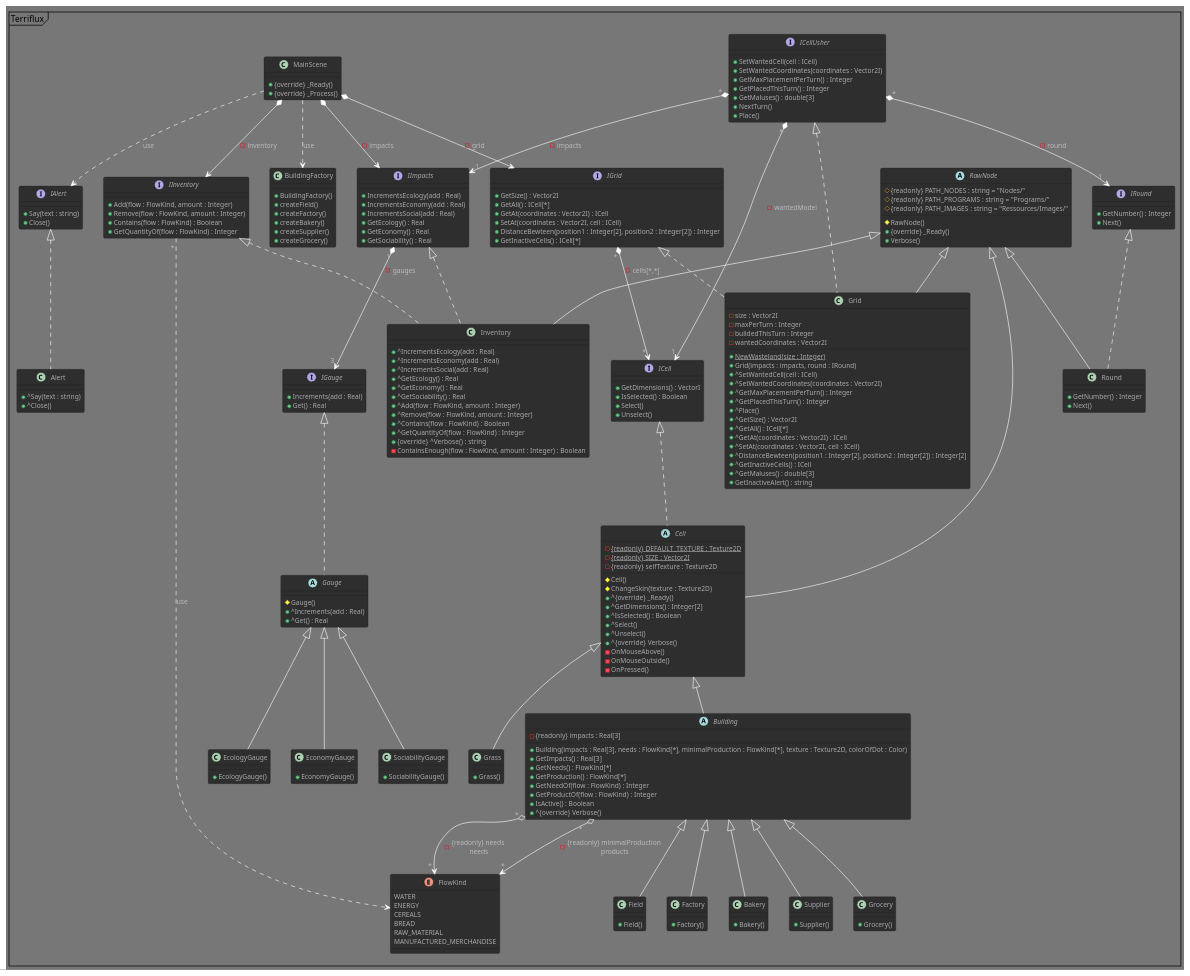
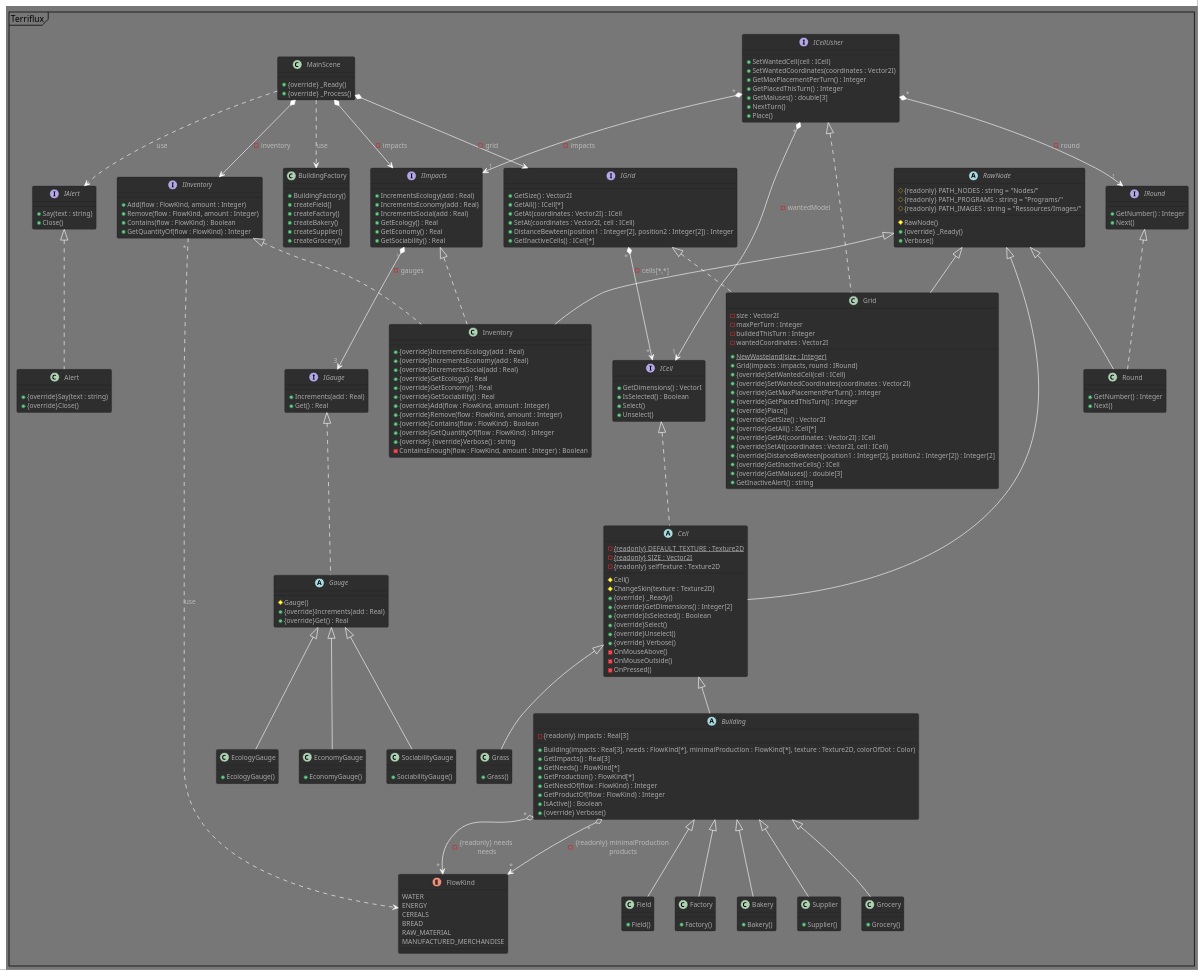
One commit to Spidermatou/Terriflux changed the diagram in Terriflux.puml. Above: the diagram before and after it, drawn with PlantUML. The commit also changed 8 other files, not shown here.

```diff
--- a/Terriflux.puml
+++ b/Terriflux.puml
@@ -42,12 +42,12 @@
     - {readonly} selfTexture : Texture2D
     # Cell()
     # ChangeSkin(texture : Texture2D)
-    + ^{override} _Ready() /' ChangeSkin() '/
-    + ^GetDimensions() : Integer[2] 
-    + ^IsSelected() : Boolean
-    + ^Select()
-    + ^Unselect() 
-    + ^{override} Verbose()
+    + {override} _Ready() /' ChangeSkin() '/
+    + {override}GetDimensions() : Integer[2] 
+    + {override}IsSelected() : Boolean
+    + {override}Select()
+    + {override}Unselect() 
+    + {override} Verbose()
     - OnMouseAbove()
     - OnMouseOutside()
     - OnPressed()
@@ -66,7 +66,7 @@
     + GetNeedOf(flow : FlowKind) : Integer
     + GetProductOf(flow : FlowKind) : Integer        /' minimal product '/
     + IsActive() : Boolean /' will produce sth this turn '/
-    + ^{override} Verbose()
+    + {override} Verbose()
 }
 /' needs & minimalProduction = (FlowKind, Integer)[*] '/
 Building" * " o--> " * "FlowKind : - {readonly} needs \n needs      
@@ -156,18 +156,18 @@
     - wantedCoordinates : Vector2I
     + {static} NewWasteland(size : Integer)
     + Grid(impacts : impacts, round : IRound)
-    + ^SetWantedCell(cell : ICell)
-    + ^SetWantedCoordinates(coordinates : Vector2I)
-    + ^GetMaxPlacementPerTurn() : Integer
-    + ^GetPlacedThisTurn() : Integer
-    + ^Place()
-    + ^GetSize() : Vector2I
-    + ^GetAll() : ICell[*]       
-    + ^GetAt(coordinates : Vector2I) : ICell
-    + ^SetAt(coordinates : Vector2I, cell : ICell)
-    + ^DistanceBewteen(position1 : Integer[2], position2 : Integer[2]) : Integer[2]
-    + ^GetInactiveCells() : ICell      
-    + ^GetMaluses() : double[3]      
+    + {override}SetWantedCell(cell : ICell)
+    + {override}SetWantedCoordinates(coordinates : Vector2I)
+    + {override}GetMaxPlacementPerTurn() : Integer
+    + {override}GetPlacedThisTurn() : Integer
+    + {override}Place()
+    + {override}GetSize() : Vector2I
+    + {override}GetAll() : ICell[*]       
+    + {override}GetAt(coordinates : Vector2I) : ICell
+    + {override}SetAt(coordinates : Vector2I, cell : ICell)
+    + {override}DistanceBewteen(position1 : Integer[2], position2 : Integer[2]) : Integer[2]
+    + {override}GetInactiveCells() : ICell      
+    + {override}GetMaluses() : double[3]      
     + GetInactiveAlert() : string
 }
 
@@ -180,8 +180,8 @@
 abstract Gauge implements IGauge
 {
     # Gauge()
-    + ^Increments(add : Real)
-    + ^Get() : Real
+    + {override}Increments(add : Real)
+    + {override}Get() : Real
 }
 class EcologyGauge extends Gauge
 {
@@ -215,17 +215,17 @@
 IInventory" * " ..> FlowKind : use
 class Inventory extends RawNode implements IImpacts, IInventory /' ancien node Impact avec acces inventaire ET jauges, mais renommé '/
 {   
-    + ^IncrementsEcology(add : Real)
-    + ^IncrementsEconomy(add : Real)
-    + ^IncrementsSocial(add : Real)
-    + ^GetEcology() : Real
-    + ^GetEconomy() : Real
-    + ^GetSociability() : Real
-    + ^Add(flow : FlowKind, amount : Integer)
-    + ^Remove(flow : FlowKind, amount : Integer)
-    + ^Contains(flow : FlowKind) : Boolean
-    + ^GetQuantityOf(flow : FlowKind) : Integer
-    + {override} ^Verbose() : string
+    + {override}IncrementsEcology(add : Real)
+    + {override}IncrementsEconomy(add : Real)
+    + {override}IncrementsSocial(add : Real)
+    + {override}GetEcology() : Real
+    + {override}GetEconomy() : Real
+    + {override}GetSociability() : Real
+    + {override}Add(flow : FlowKind, amount : Integer)
+    + {override}Remove(flow : FlowKind, amount : Integer)
+    + {override}Contains(flow : FlowKind) : Boolean
+    + {override}GetQuantityOf(flow : FlowKind) : Integer
+    + {override} {override}Verbose() : string
     - ContainsEnough(flow : FlowKind, amount : Integer) : Boolean
 }
 
@@ -237,8 +237,8 @@
 }
 class Alert implements IAlert
 {
-    + ^Say(text : string)
-    + ^Close()
+    + {override}Say(text : string)
+    + {override}Close()
 }
 
 @enduml
```
